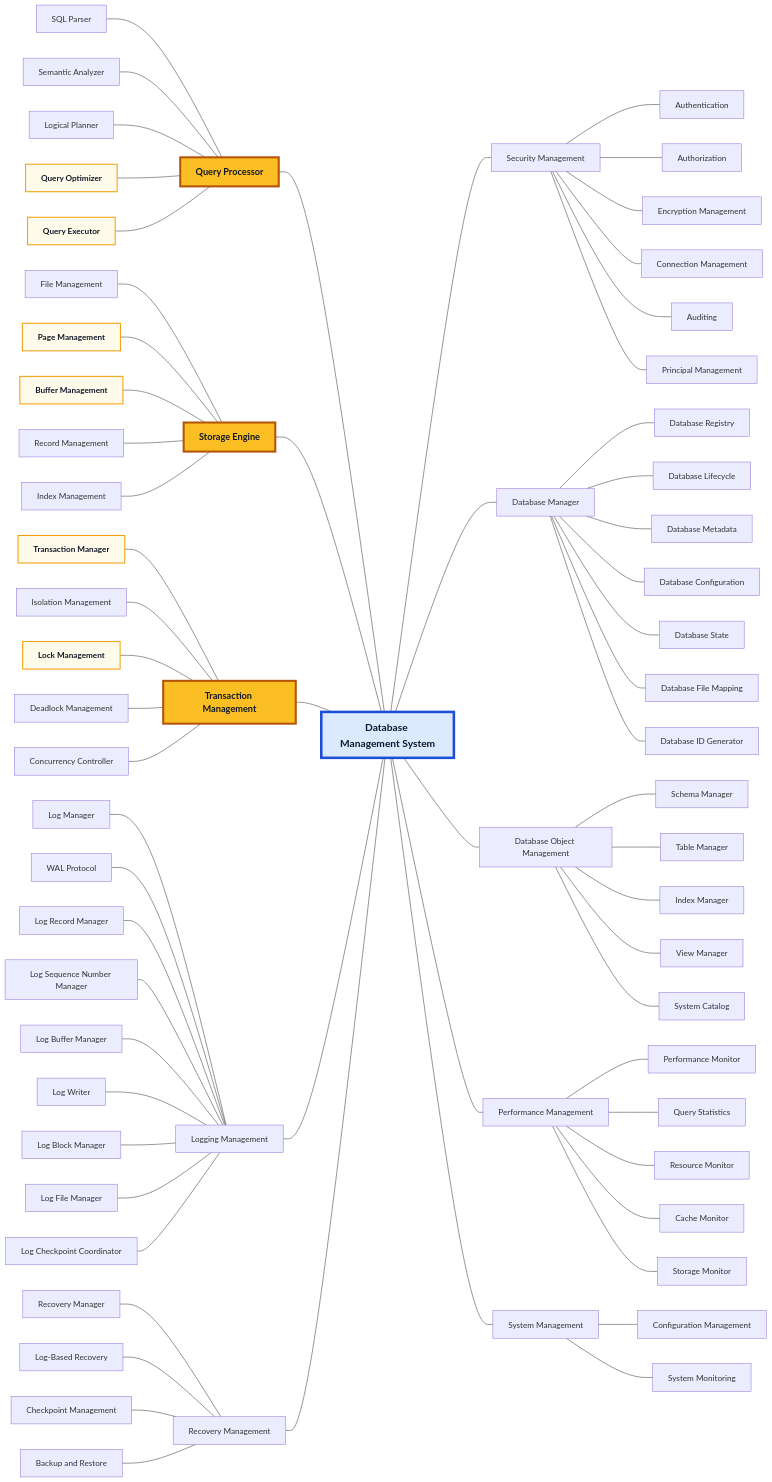
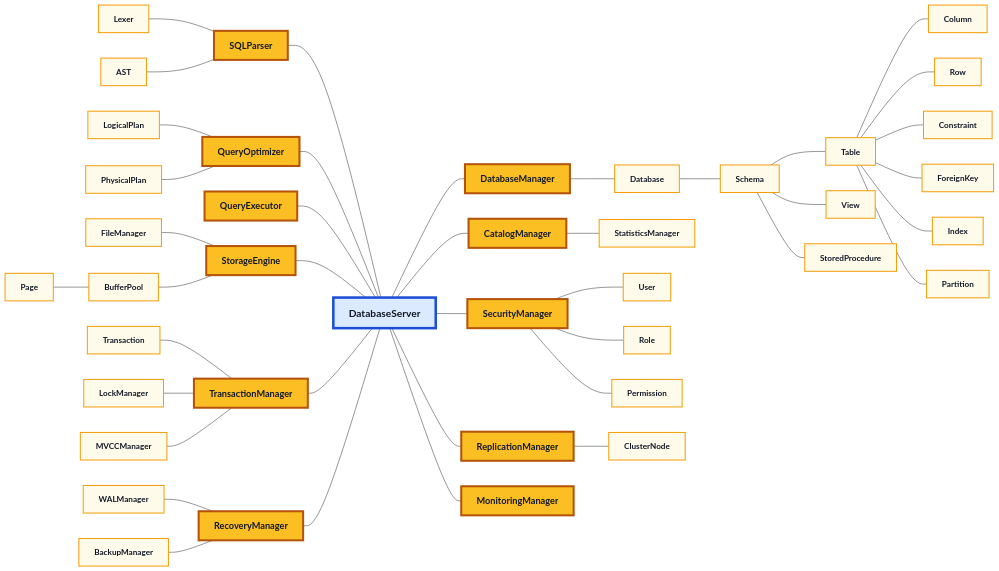
The first of 11 diagrams in README.md (manaxpow/DBMS), drawn with Mermaid before and after one commit. The commit also changed other lines of this file and 147 other files, not shown here.

````diff
--- a/README.md
+++ b/README.md
@@ -5,82 +5,56 @@
 ```mermaid
 flowchart LR
     %% Left side
-    QP_SP[SQL Parser] --- QP[Query Processor]
-    QP_SA[Semantic Analyzer] --- QP
-    QP_LP[Logical Planner] --- QP
-    QP_QO[Query Optimizer] --- QP
-    QP_QE[Query Executor] --- QP
-    QP --- DBMS[Database Management System]
+    QP_SP[SQLParser] --- DS[DatabaseServer]
+    QP_Lex[Lexer] --- QP_SP
+    QP_AST[AST] --- QP_SP
 
-    SE_FM[File Management] --- SE[Storage Engine]
-    SE_PM[Page Management] --- SE
-    SE_BM[Buffer Management] --- SE
-    SE_RM[Record Management] --- SE
-    SE_IM[Index Management] --- SE
-    SE --- DBMS
+    QP_QO[QueryOptimizer] --- DS
+    QP_LP[LogicalPlan] --- QP_QO
+    QP_PP[PhysicalPlan] --- QP_QO
 
-    TM_TM[Transaction Manager] --- TM[Transaction Management]
-    TM_IM[Isolation Management] --- TM
-    TM_LM[Lock Management] --- TM
-    TM_DM[Deadlock Management] --- TM
-    TM_CC[Concurrency Controller] --- TM
-    TM --- DBMS
+    QP_QE[QueryExecutor] --- DS
 
-    LM_LM[Log Manager] --- LM[Logging Management]
-    LM_WAL[WAL Protocol] --- LM
-    LM_LRM[Log Record Manager] --- LM
-    LM_LSNM[Log Sequence Number Manager] --- LM
-    LM_LBM[Log Buffer Manager] --- LM
-    LM_LW[Log Writer] --- LM
-    LM_LBlkM[Log Block Manager] --- LM
-    LM_LFM[Log File Manager] --- LM
-    LM_LCC[Log Checkpoint Coordinator] --- LM
-    LM --- DBMS
+    SE[StorageEngine] --- DS
+    SE_FM[FileManager] --- SE
+    SE_BP[BufferPool] --- SE
+    SE_Pg[Page] --- SE_BP
 
-    RM_RM[Recovery Manager] --- RM[Recovery Management]
-    RM_LBR[Log-Based Recovery] --- RM
-    RM_CM[Checkpoint Management] --- RM
-    RM_BR[Backup and Restore] --- RM
-    RM --- DBMS
+    TM[TransactionManager] --- DS
+    TM_Tx[Transaction] --- TM
+    TM_LM[LockManager] --- TM
+    TM_MVCC[MVCCManager] --- TM
 
-    %% =========================
-    %% RIGHT SIDE
-    %% =========================
+    RM[RecoveryManager] --- DS
+    RM_WAL[WALManager] --- RM
+    RM_BM[BackupManager] --- RM
 
-    DBMS --- SecM[Security Management]
-    SecM --- SecM_AuthN[Authentication]
-    SecM --- SecM_AuthZ[Authorization]
-    SecM --- SecM_EM[Encryption Management]
-    SecM --- SecM_CM[Connection Management]
-    SecM --- SecM_Aud[Auditing]
-    SecM --- SecM_PM[Principal Management]
+    %% Right side
+    DS --- DM[DatabaseManager]
+    DM --- DB[Database]
+    DB --- Sch[Schema]
+    Sch --- Tbl[Table]
+    Tbl --- Col[Column]
+    Tbl --- Rw[Row]
+    Tbl --- Cst[Constraint]
+    Tbl --- FK[ForeignKey]
+    Tbl --- Idx[Index]
+    Tbl --- Ptn[Partition]
+    Sch --- Vw[View]
+    Sch --- SP[StoredProcedure]
 
-    DBMS --- DM[Database Manager]
-    DM --- DM_DR[Database Registry]
-    DM --- DM_DL[Database Lifecycle]
-    DM --- DM_DM[Database Metadata]
-    DM --- DM_DC[Database Configuration]
-    DM --- DM_DS[Database State]
-    DM --- DM_DFM[Database File Mapping]
-    DM --- DM_DIG[Database ID Generator]
+    DS --- CM[CatalogManager]
+    CM --- StatM[StatisticsManager]
 
-    DBMS --- DOM[Database Object Management]
-    DOM --- DOM_SM[Schema Manager]
-    DOM --- DOM_TM[Table Manager]
-    DOM --- DOM_IM[Index Manager]
-    DOM --- DOM_VM[View Manager]
-    DOM --- DOM_SC[System Catalog]
+    DS --- SecM[SecurityManager]
+    SecM --- Usr[User]
+    SecM --- Rl[Role]
+    SecM --- Prm[Permission]
 
-    DBMS --- PM[Performance Management]
-    PM --- PM_PM[Performance Monitor]
-    PM --- PM_QS[Query Statistics]
-    PM --- PM_RM[Resource Monitor]
-    PM --- PM_CM[Cache Monitor]
-    PM --- PM_SM[Storage Monitor]
+    DS --- RepM[ReplicationManager]
+    RepM --- CN[ClusterNode]
 
-    DBMS --- SysM[System Management]
-    SysM --- SysM_CM[Configuration Management]
-    SysM --- SysM_SM[System Monitoring]
+    DS --- MonM[MonitoringManager]
 
     %% =========================
     %% STYLES
@@ -89,27 +63,17 @@
     %% Root node
     classDef dbmsRoot fill:#dbeafe,stroke:#1d4ed8,stroke-width:5px,color:#111827,font-weight:bold,font-size:20px;
 
-    %% Three important Layer 1 subsystems
+    %% Layer 1 subsystems
     classDef importantLayerOne fill:#fbbf24,stroke:#b45309,stroke-width:4px,color:#111827,font-weight:bold,font-size:18px;
 
-    %% Two selected Layer 2 components inside each important Layer 1
+    %% Layer 2 components
     classDef importantLayerTwo fill:#fffbeb,stroke:#f59e0b,stroke-width:2px,color:#111827,font-weight:bold;
 
     %% =========================
     %% APPLY STYLES
     %% =========================
 
-    class DBMS dbmsRoot;
-
-    %% Only three important Layer 1 nodes
-    class QP,SE,TM importantLayerOne;
-
-    %% Query Processor: two important Layer 2 components
-    class QP_QO,QP_QE importantLayerTwo;
-
-    %% Storage Engine: two important Layer 2 components
-    class SE_PM,SE_BM importantLayerTwo;
-
-    %% Transaction Management: two important Layer 2 components
-    class TM_TM,TM_LM importantLayerTwo;
+    class DS dbmsRoot;
+    class QP_SP,QP_QO,QP_QE,SE,TM,RM,DM,CM,SecM,RepM,MonM importantLayerOne;
+    class QP_Lex,QP_AST,QP_LP,QP_PP,SE_FM,SE_BP,SE_Pg,TM_Tx,TM_LM,TM_MVCC,RM_WAL,RM_BM,DB,Sch,Tbl,Col,Rw,Cst,FK,Idx,Ptn,Vw,SP,StatM,Usr,Rl,Prm,CN importantLayerTwo;
 ```
````
